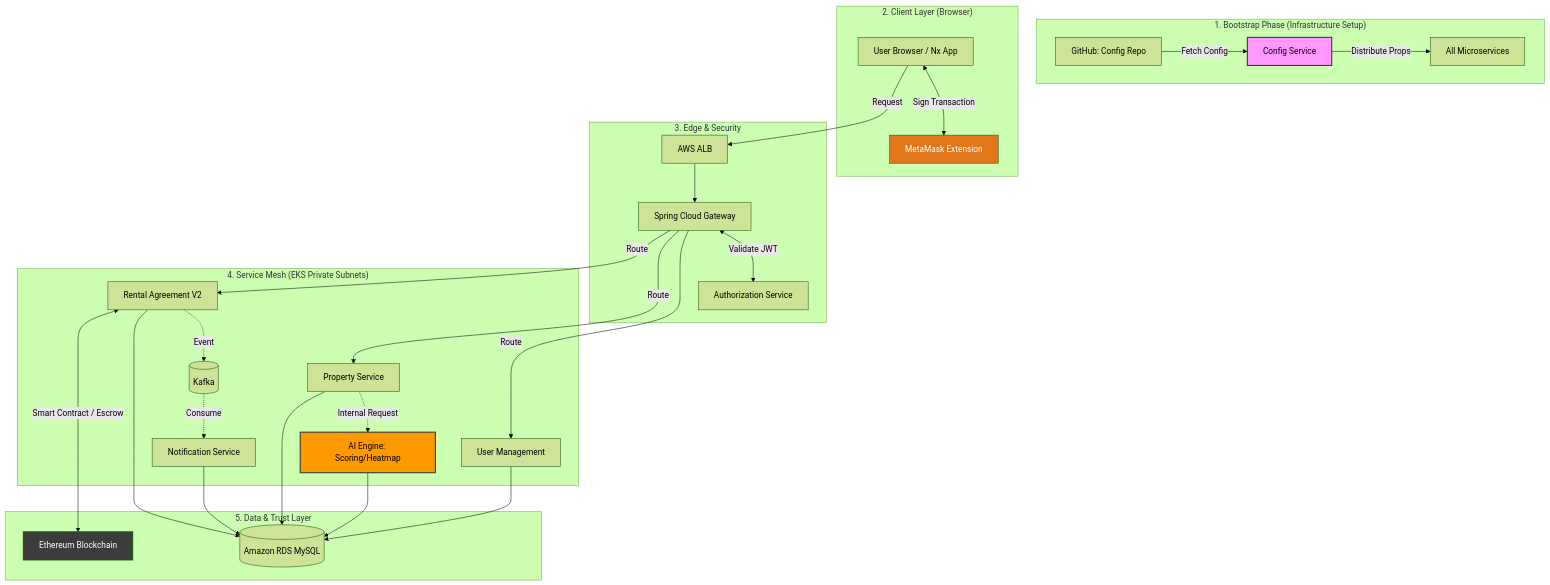
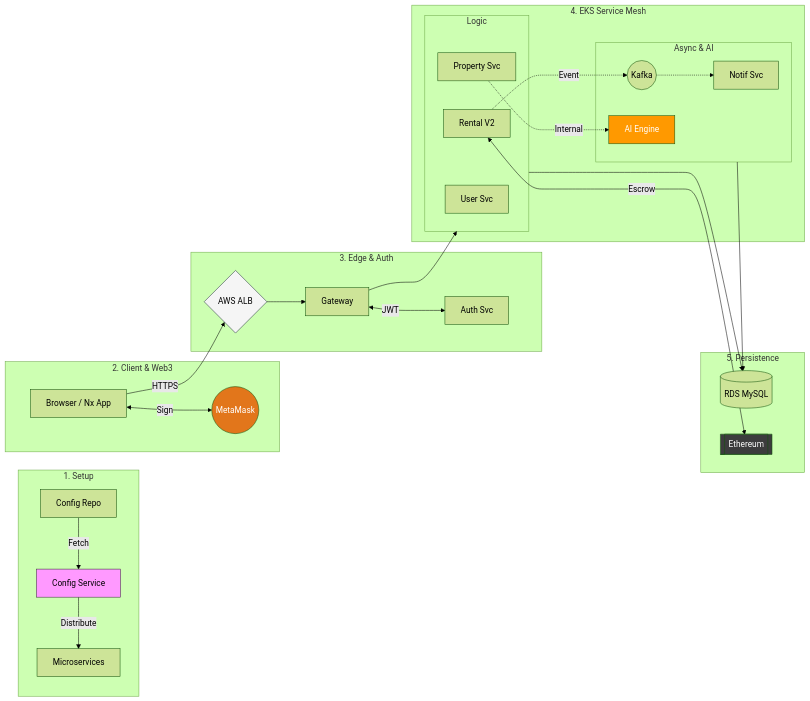
Before and after one commit to RealEstate-Rental-Project/.github: the diagram in profile/README.md, drawn with Mermaid (forest theme).

Commit message:
Refactor mermaid diagram in README.md for improved clarity and structure

````diff
--- a/profile/README.md
+++ b/profile/README.md
@@ -17,54 +17,60 @@
 ```mermaid
-graph TD
-    subgraph Initialization ["1. Bootstrap Phase (Infrastructure Setup)"]
-        GR[GitHub: Config Repo] -->|Fetch Config| CS[Config Service]
-        CS -->|Distribute Props| MS[All Microservices]
+graph LR
+    %% Configuration du rendu
+    direction LR
+
+    subgraph Init ["1. Setup"]
+        GR[Config Repo] -->|Fetch| CS[Config Service]
+        CS -->|Distribute| MS[Microservices]
     end
 
-    subgraph External ["2. Client Layer (Browser)"]
-        U[User Browser / Nx App]
-        MM[MetaMask Extension]
-        U <-->|Sign Transaction| MM
+    subgraph UserZone ["2. Client & Web3"]
+        U[Browser / Nx App]
+        MM((MetaMask))
+        U <-->|Sign| MM
     end
 
-    subgraph Entry ["3. Edge & Security"]
-        ALB[AWS ALB]
-        GW[Spring Cloud Gateway]
-        AUTH[Authorization Service]
+    subgraph Security ["3. Edge & Auth"]
+        ALB{AWS ALB}
+        GW[Gateway]
+        AUTH[Auth Svc]
         
-        U -->|Request| ALB
+        U -->|HTTPS| ALB
         ALB --> GW
-        GW <-->|Validate JWT| AUTH
+        GW <-->|JWT| AUTH
     end
 
-    subgraph Internal ["4. Service Mesh (EKS Private Subnets)"]
-        UM[User Management]
-        PM[Property Service]
-        RA[Rental Agreement V2]
-        NS[Notification Service]
+    subgraph Core ["4. EKS Service Mesh"]
+        subgraph Logic ["Logic"]
+            UM[User Svc]
+            PM[Property Svc]
+            RA[Rental V2]
+        end
         
-        AI[AI Engine: Scoring/Heatmap]
-        
-        GW -->|Route| UM
-        GW -->|Route| PM
-        GW -->|Route| RA
-        
-        PM -.->|Internal Request| AI
-        RA -.->|Event| K[(Kafka)]
-        K -.->|Consume| NS
+        subgraph Support ["Async & AI"]
+            AI[AI Engine]
+            K((Kafka))
+            NS[Notif Svc]
+        end
+
+        GW --> Logic
+        PM -.->|Internal| AI
+        RA -.->|Event| K
+        K -.-> NS
     end
 
-    subgraph Persistence ["5. Data & Trust Layer"]
-        RDS[(Amazon RDS MySQL)]
-        ETH[Ethereum Blockchain]
+    subgraph Data ["5. Persistence"]
+        RDS[(RDS MySQL)]
+        ETH[[Ethereum]]
         
-        UM & PM & RA & NS & AI --> RDS
-        RA <-->|Smart Contract / Escrow| ETH
+        Logic & Support --> RDS
+        RA <-->|Escrow| ETH
     end
 
-    %% Styles
-    style CS fill:#f9f,stroke:#333,stroke-width:2px
-    style ETH fill:#3c3c3d,color:#fff,stroke-width:2px
-    style AI fill:#ff9900,stroke:#333,stroke-width:2px
+    %% Styles pour la lisibilité
+    style CS fill:#f9f,stroke:#333
+    style ETH fill:#3c3c3d,color:#fff
+    style AI fill:#ff9900,color:#fff
     style MM fill:#e2761b,color:#fff
+    style ALB fill:#f5f5f5,stroke:#232f3e
 ```
````
